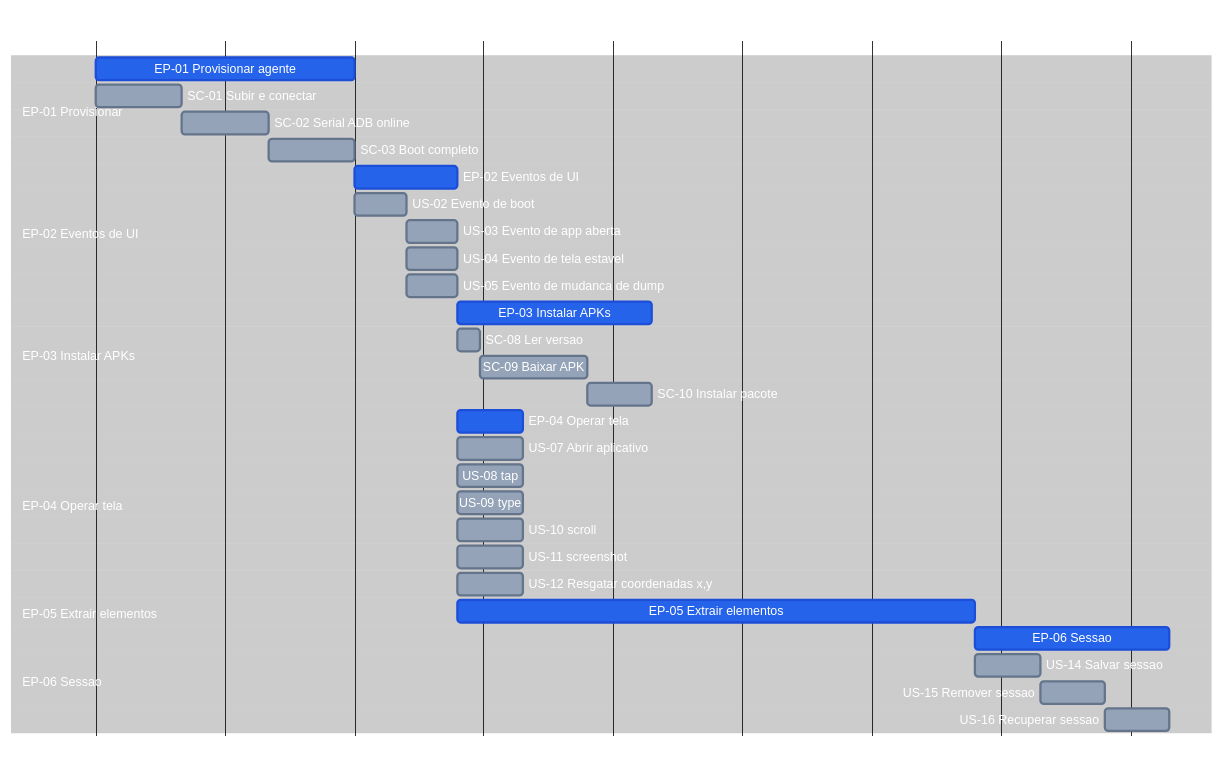
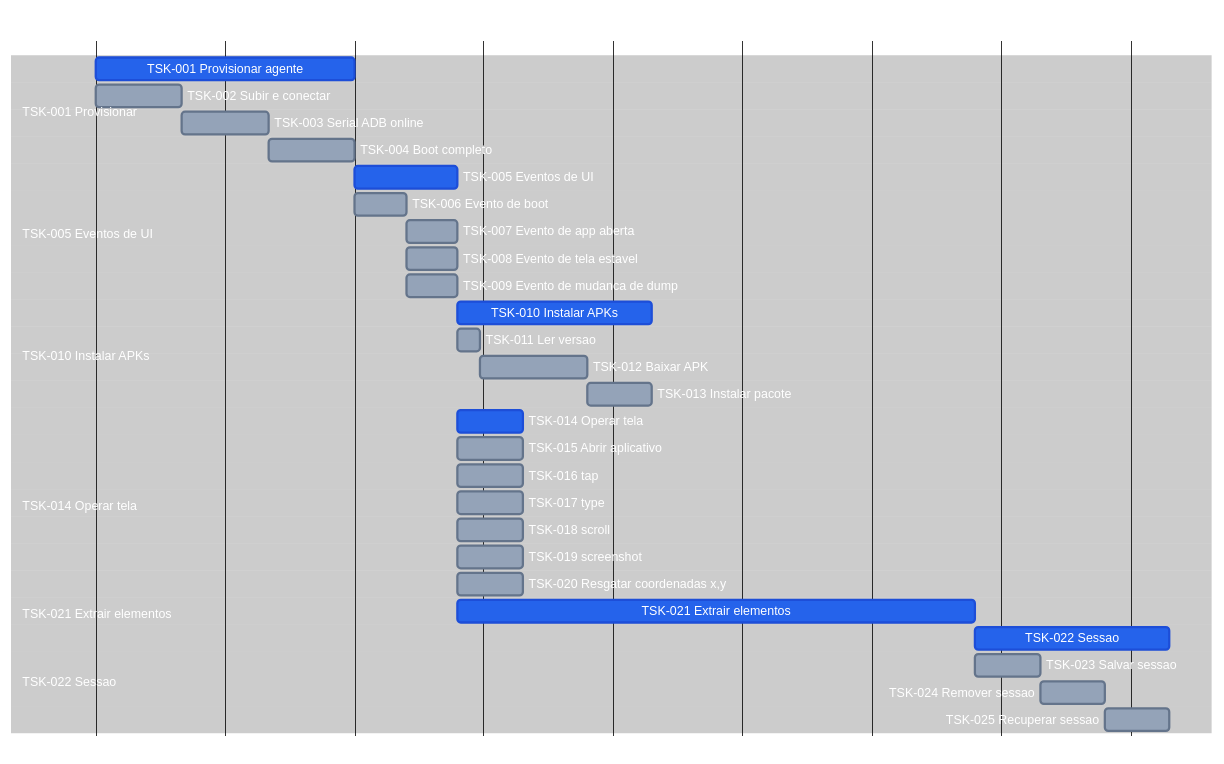
The diagram in connectmax/screen-robot/tasks.md (laerciogermano/workstation), drawn with Mermaid before and after one commit. The commit also changed other lines of this file and 2 other files, not shown here.

Commit message:
Renomeia todos os nós de tasks.md para IDs TSK- sequenciais.

````diff
--- a/connectmax/screen-robot/tasks.md
+++ b/connectmax/screen-robot/tasks.md
@@ -49,76 +50,76 @@
 ```mermaid
 ---
 config:
   theme: base
   themeVariables:
     darkMode: true
     background: '#000000'
     primaryTextColor: '#ffffff'
     secondaryTextColor: '#ffffff'
     tertiaryTextColor: '#ffffff'
     textColor: '#ffffff'
     lineColor: '#333333'
     mainBkg: '#000000'
     secondaryColor: '#000000'
     tertiaryColor: '#000000'
     sectionBkgColor: '#000000'
     sectionBkgColor2: '#000000'
     altSectionBkgColor: '#000000'
     gridColor: '#222222'
     excludeBkgColor: '#000000'
     todayLineColor: '#444444'
     doneTaskBkgColor: '#2563eb'
     doneTaskBorderColor: '#1d4ed8'
     taskBkgColor: '#94a3b8'
     taskBorderColor: '#64748b'
     taskTextColor: '#ffffff'
     taskTextDarkColor: '#ffffff'
     taskTextLightColor: '#ffffff'
     taskTextOutsideColor: '#ffffff'
     critBkgColor: '#2563eb'
     critBorderColor: '#1d4ed8'
     activeTaskBkgColor: '#94a3b8'
     activeTaskBorderColor: '#64748b'
 ---
 gantt
-  title screen-robot EP / US / SC
+  title screen-robot TSK
   dateFormat X
   axisFormat %s
 
-  section EP-01 Provisionar
-  EP-01 Provisionar agente              :done, ep01, 0, 60m
-  SC-01 Subir e conectar                :sc01, 0, 20m
-  SC-02 Serial ADB online               :sc02, after sc01, 20m
-  SC-03 Boot completo                   :sc03, after sc02, 20m
+  section TSK-001 Provisionar
+  TSK-001 Provisionar agente            :done, tsk01, 0, 60m
+  TSK-002 Subir e conectar              :tsk02, 0, 20m
+  TSK-003 Serial ADB online             :tsk03, after tsk02, 20m
+  TSK-004 Boot completo                 :tsk04, after tsk03, 20m
 
-  section EP-02 Eventos de UI
-  EP-02 Eventos de UI                   :done, ep02, after ep01, 24m
-  US-02 Evento de boot                  :us02, after ep01, 12m
-  US-03 Evento de app aberta            :us03, after us02, 12m
-  US-04 Evento de tela estavel          :us04, after us02, 12m
-  US-05 Evento de mudanca de dump       :us05, after us02, 12m
+  section TSK-005 Eventos de UI
+  TSK-005 Eventos de UI                 :done, tsk05, after tsk01, 24m
+  TSK-006 Evento de boot                :tsk06, after tsk01, 12m
+  TSK-007 Evento de app aberta          :tsk07, after tsk06, 12m
+  TSK-008 Evento de tela estavel        :tsk08, after tsk06, 12m
+  TSK-009 Evento de mudanca de dump     :tsk09, after tsk06, 12m
 
-  section EP-03 Instalar APKs
-  EP-03 Instalar APKs                   :done, ep03, after us05, 45m
-  SC-08 Ler versao                      :sc08, after us05, 5m
-  SC-09 Baixar APK                      :sc09, after sc08, 25m
-  SC-10 Instalar pacote                 :sc10, after sc09, 15m
+  section TSK-010 Instalar APKs
+  TSK-010 Instalar APKs                 :done, tsk10, after tsk09, 45m
+  TSK-011 Ler versao                    :tsk11, after tsk09, 5m
+  TSK-012 Baixar APK                    :tsk12, after tsk11, 25m
+  TSK-013 Instalar pacote               :tsk13, after tsk12, 15m
 
-  section EP-04 Operar tela
-  EP-04 Operar tela                     :done, ep04, after us05, 15m
-  US-07 Abrir aplicativo                :us07, after us05, 15m
-  US-08 tap                             :us08, after us05, 15m
-  US-09 type                            :us09, after us05, 15m
-  US-10 scroll                          :us10, after us05, 15m
-  US-11 screenshot                      :us11, after us05, 15m
-  US-12 Resgatar coordenadas x,y        :us12, after us05, 15m
+  section TSK-014 Operar tela
+  TSK-014 Operar tela                   :done, tsk14, after tsk09, 15m
+  TSK-015 Abrir aplicativo              :tsk15, after tsk09, 15m
+  TSK-016 tap                           :tsk16, after tsk09, 15m
+  TSK-017 type                          :tsk17, after tsk09, 15m
+  TSK-018 scroll                        :tsk18, after tsk09, 15m
+  TSK-019 screenshot                    :tsk19, after tsk09, 15m
+  TSK-020 Resgatar coordenadas x,y      :tsk20, after tsk09, 15m
 
-  section EP-05 Extrair elementos
-  EP-05 Extrair elementos               :done, ep05, after us05, 120m
+  section TSK-021 Extrair elementos
+  TSK-021 Extrair elementos             :done, tsk21, after tsk09, 120m
 
-  section EP-06 Sessao
-  EP-06 Sessao                          :done, ep06, after ep05, 45m
-  US-14 Salvar sessao                   :us14, after ep05, 15m
-  US-15 Remover sessao                  :us15, after us14, 15m
-  US-16 Recuperar sessao                :us16, after us15, 15m
+  section TSK-022 Sessao
+  TSK-022 Sessao                        :done, tsk22, after tsk21, 45m
+  TSK-023 Salvar sessao                 :tsk23, after tsk21, 15m
+  TSK-024 Remover sessao                :tsk24, after tsk23, 15m
+  TSK-025 Recuperar sessao              :tsk25, after tsk24, 15m
 ```
````
